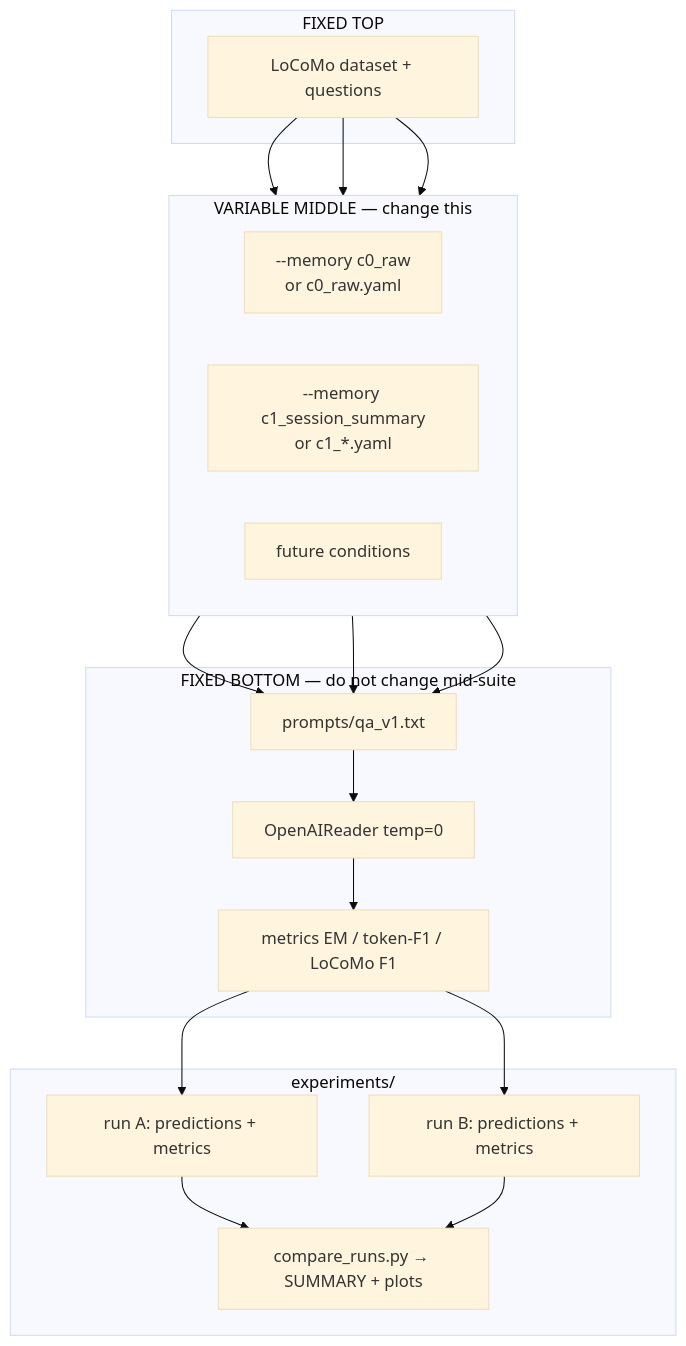
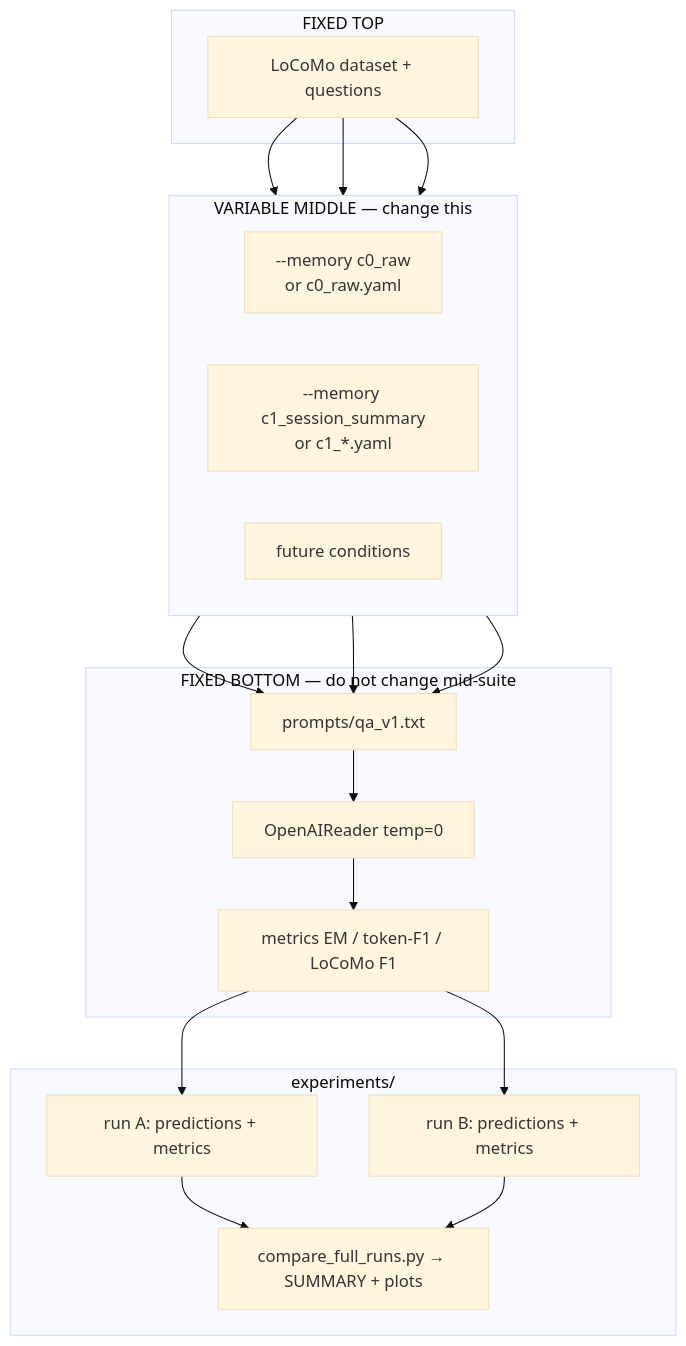
The third of 4 diagrams in README.md (park-jsdev/long-term-memory-eval), drawn with Mermaid (base theme) before and after one commit. The commit also changed other lines of this file and 15 other files, not shown here.

````diff
--- a/README.md
+++ b/README.md
@@ -121,38 +121,38 @@
 ```mermaid
 flowchart TB
   subgraph FrozenTop["FIXED TOP"]
     D["LoCoMo dataset + questions"]
   end
 
   subgraph Variable["VARIABLE MIDDLE — change this"]
     direction LR
     M0["--memory c0_raw\nor c0_raw.yaml"]
     M1["--memory c1_session_summary\nor c1_*.yaml"]
     MX["future conditions"]
   end
 
   subgraph FrozenBottom["FIXED BOTTOM — do not change mid-suite"]
     P["prompts/qa_v1.txt"]
     R["OpenAIReader temp=0"]
     S["metrics EM / token-F1 / LoCoMo F1"]
   end
 
   subgraph Artifacts["experiments/"]
     A["run A: predictions + metrics"]
     B["run B: predictions + metrics"]
-    C["compare_runs.py → SUMMARY + plots"]
+    C["compare_full_runs.py → SUMMARY + plots"]
   end
 
   D --> M0
   D --> M1
   D --> MX
   M0 --> P
   M1 --> P
   MX --> P
   P --> R
   R --> S
   S --> A
   S --> B
   A --> C
   B --> C
 ```
````
